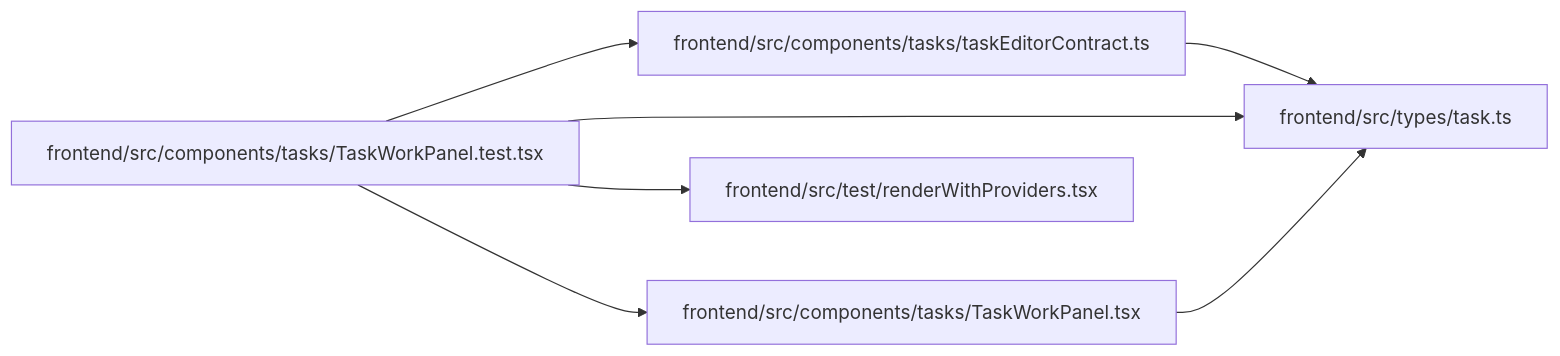
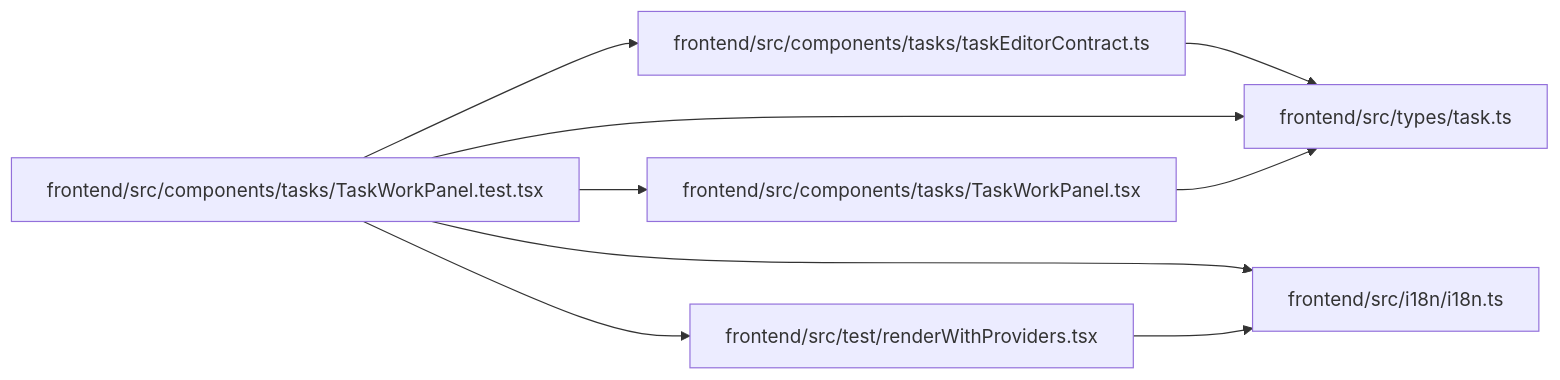
Before and after one commit to Denissvgn/WorkChord: the diagram in docs/llm_wiki/modules/TaskWorkPanel.test.md, drawn with Mermaid. The commit also changed other lines of this file and 2373 other files, not shown here.

````diff
--- a/docs/llm_wiki/modules/TaskWorkPanel.test.md
+++ b/docs/llm_wiki/modules/TaskWorkPanel.test.md
@@ -32,19 +33,23 @@
 ```mermaid
 flowchart LR
     n0["frontend/src/components/tasks/taskEditorContract.ts"]
     n1["frontend/src/components/tasks/TaskWorkPanel.test.tsx"]
     n2["frontend/src/components/tasks/TaskWorkPanel.tsx"]
-    n3["frontend/src/test/renderWithProviders.tsx"]
-    n4["frontend/src/types/task.ts"]
-    n0 --> n4
+    n3["frontend/src/i18n/i18n.ts"]
+    n4["frontend/src/test/renderWithProviders.tsx"]
+    n5["frontend/src/types/task.ts"]
+    n0 --> n5
     n1 --> n0
     n1 --> n2
     n1 --> n3
     n1 --> n4
-    n2 --> n4
+    n1 --> n5
+    n2 --> n5
+    n4 --> n3
     click n0 "../modules/taskEditorContract.md"
     click n1 "../modules/TaskWorkPanel.test.md"
     click n2 "../modules/TaskWorkPanel.md"
-    click n3 "../modules/renderWithProviders.md"
-    click n4 "../modules/types_task.md"
+    click n3 "../modules/i18n.md"
+    click n4 "../modules/renderWithProviders.md"
+    click n5 "../modules/types_task.md"
 ```
````
